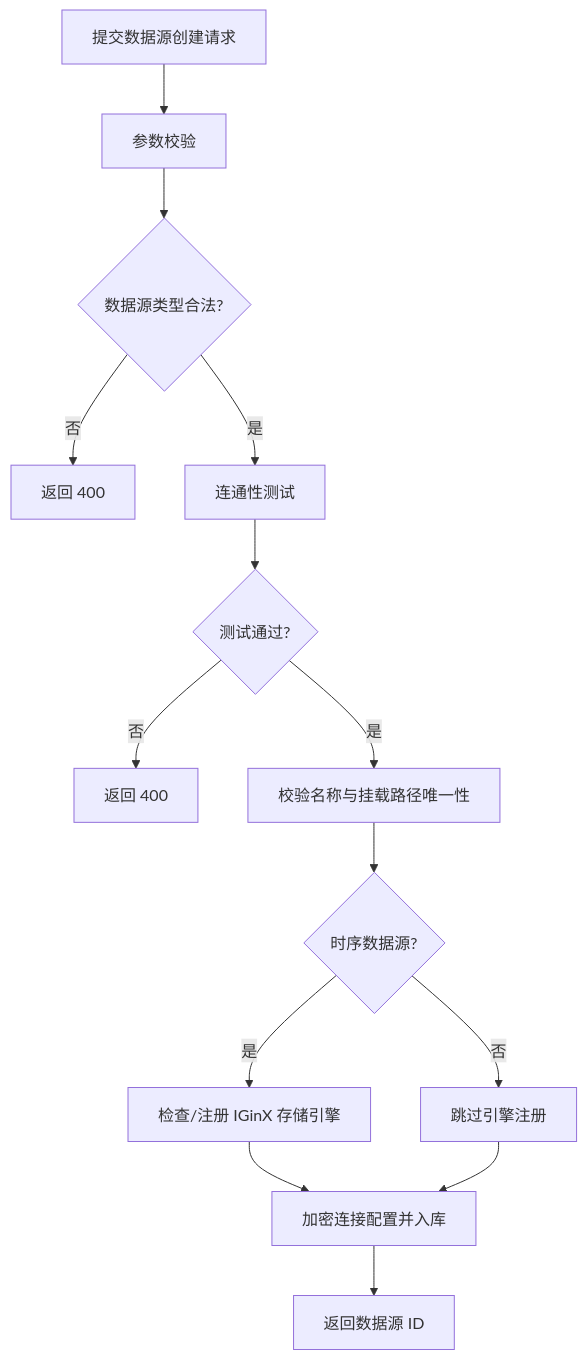
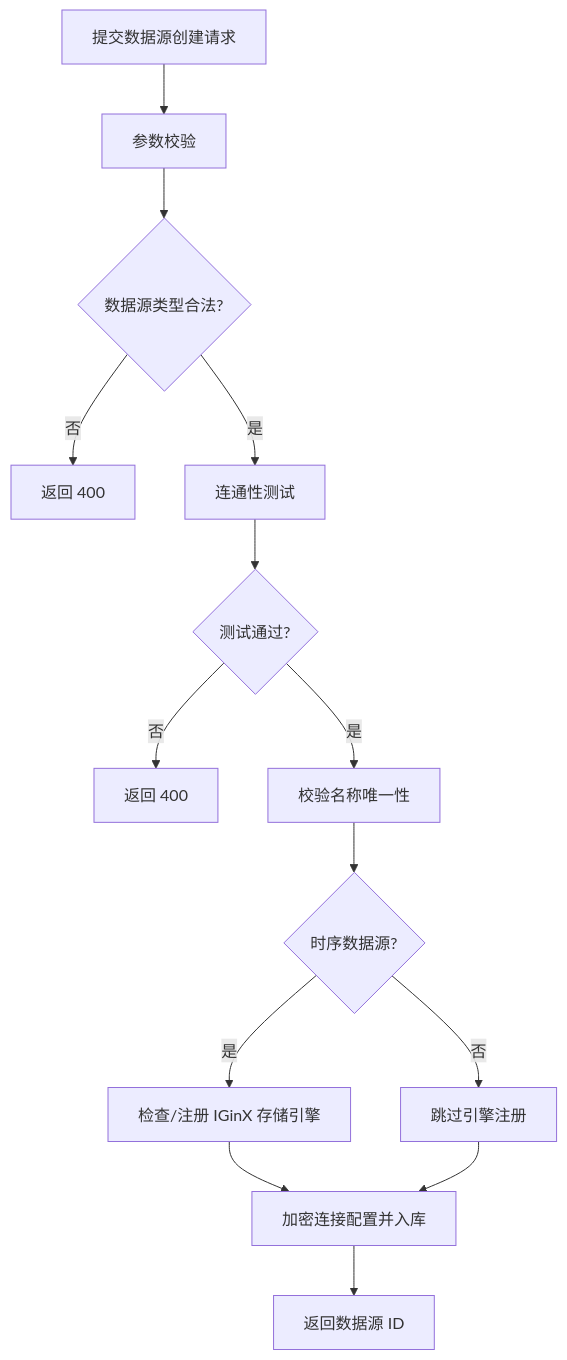
The diagram in code/iginx-assoc-backend/docs/design/diagrams/src/data-source-onboarding-flow.mmd (IGinX-THU/DataModelCoManagement), drawn with Mermaid before and after one commit. The commit also changed 24 other files, not shown here.

```diff
--- a/code/iginx-assoc-backend/docs/design/diagrams/src/data-source-onboarding-flow.mmd
+++ b/code/iginx-assoc-backend/docs/design/diagrams/src/data-source-onboarding-flow.mmd
@@ -1,14 +1,14 @@
 flowchart TD
     A[提交数据源创建请求] --> B[参数校验]
     B --> C{数据源类型合法?}
     C -- 否 --> X1[返回 400]
     C -- 是 --> D[连通性测试]
     D --> E{测试通过?}
     E -- 否 --> X2[返回 400]
-    E -- 是 --> F[校验名称与挂载路径唯一性]
+    E -- 是 --> F[校验名称唯一性]
     F --> G{时序数据源?}
     G -- 是 --> H[检查/注册 IGinX 存储引擎]
     G -- 否 --> I[跳过引擎注册]
     H --> J[加密连接配置并入库]
     I --> J
     J --> K[返回数据源 ID]
```
